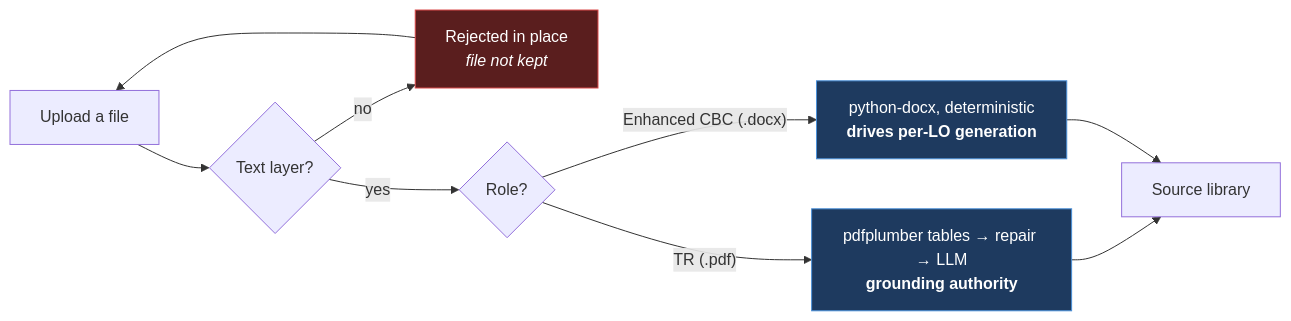
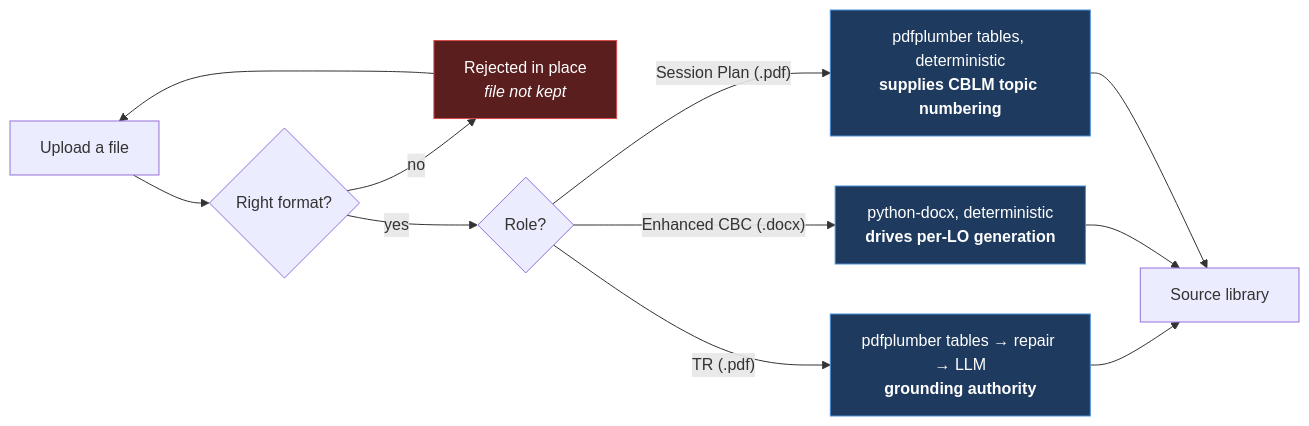
One commit to shuakyle21/tesda-cbc-agent changed the second of 4 diagrams in docs/specs/USER_FLOWS.md. Above: the diagram before and after it, drawn with Mermaid. The commit also changed other lines of this file and 5 other files, not shown here.

````diff
--- a/docs/specs/USER_FLOWS.md
+++ b/docs/specs/USER_FLOWS.md
@@ -90,15 +91,17 @@
 ```mermaid
 flowchart LR
-    U["Upload a file"] --> V{"Text layer?"}
+    U["Upload a file"] --> V{"Right format?"}
     V -->|no| R1["Rejected in place<br/><i>file not kept</i>"] --> U
     V -->|yes| ROLE{"Role?"}
     ROLE -->|"TR (.pdf)"| FACTS["pdfplumber tables → repair → LLM<br/><b>grounding authority</b>"]
     ROLE -->|"Enhanced CBC (.docx)"| CBC["python-docx, deterministic<br/><b>drives per-LO generation</b>"]
+    ROLE -->|"Session Plan (.pdf)"| SP["pdfplumber tables, deterministic<br/><b>supplies CBLM topic numbering</b>"]
     FACTS --> READY
-    CBC --> READY["Source library"]
+    CBC --> READY
+    SP --> READY["Source library"]
 
     classDef bad fill:#5a1e1e,stroke:#d94a4a,color:#fff
     classDef key fill:#1e3a5f,stroke:#4a90d9,color:#fff
     class R1 bad
-    class FACTS,CBC key
+    class FACTS,CBC,SP key
 ```
````
